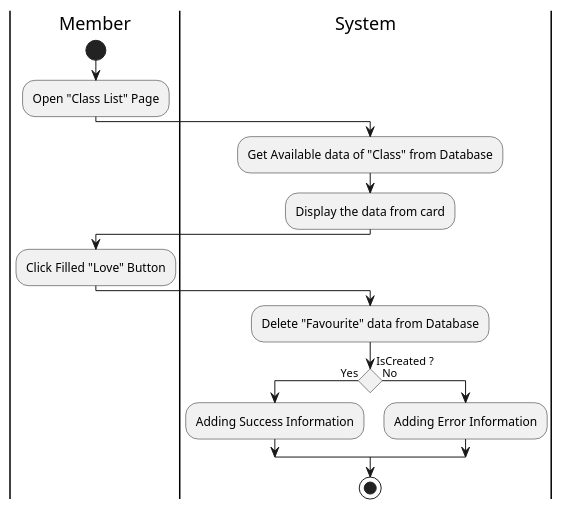
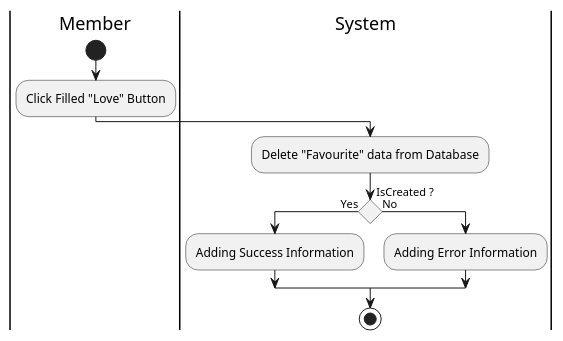
Before and after one commit to fwidjaya20/fazzlearning-uml: the diagram in Activity/Release04/Unlike.wsd, drawn with PlantUML. The commit also changed 20 other files, not shown here.

Commit message:
sequence:  adding scope r 4

```diff
--- a/Activity/Release04/Unlike.wsd
+++ b/Activity/Release04/Unlike.wsd
@@ -1,28 +1,21 @@
 @startuml Unlike
 
 skinparam ConditionEndStyle hline
 skinparam conditionStyle diamond
 skinparam Monochrome true
 skinparam Shadowing false
 
 |Member|
 start
-:Open "Class List" Page;
-
-|System|
-:Get Available data of "Class" from Database;
-:Display the data from card;
-
-|Member|
 :Click Filled "Love" Button;
 
 |System|
 :Delete "Favourite" data from Database;
 if (IsCreated ?) then (Yes)
     :Adding Success Information;
 else (No)
     :Adding Error Information;
 endif
 stop
 
 @enduml
```
